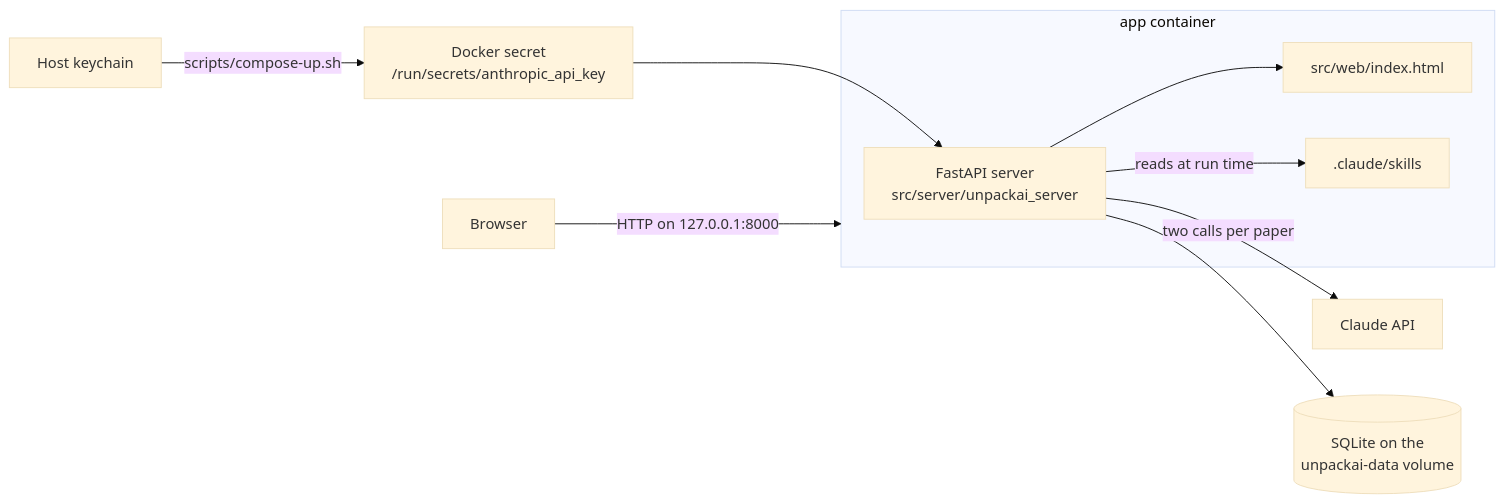
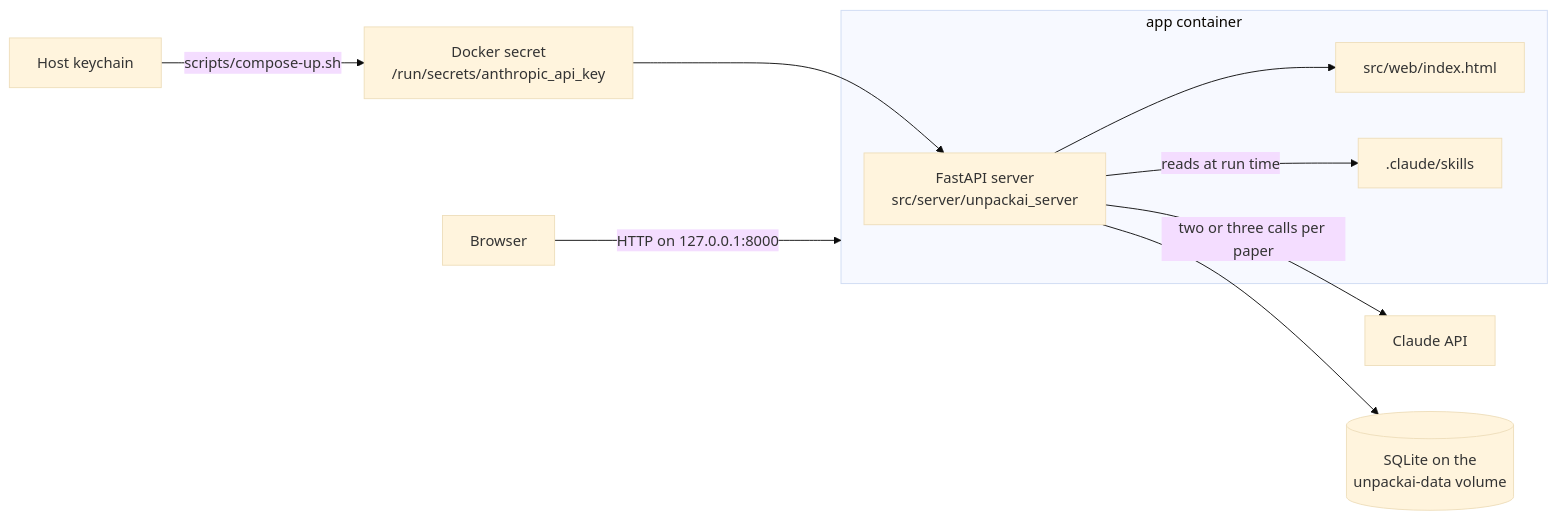
One commit to test-dan-run/UnpackAI changed the diagram in docs/architecture.md. Above: the diagram before and after it, drawn with Mermaid (base theme). The commit also changed other lines of this file and 14 other files, not shown here.

````diff
--- a/docs/architecture.md
+++ b/docs/architecture.md
@@ -5,15 +5,15 @@
 ```mermaid
 flowchart LR
   host["Host keychain"] -- "scripts/compose-up.sh" --> secret["Docker secret<br>/run/secrets/anthropic_api_key"]
   browser["Browser"] -- "HTTP on 127.0.0.1:8000" --> app
   subgraph app["app container"]
     server["FastAPI server<br>src/server/unpackai_server"]
     page["src/web/index.html"]
     skills[".claude/skills"]
   end
   secret --> server
   server --> page
   server -- "reads at run time" --> skills
-  server -- "two calls per paper" --> claude["Claude API"]
+  server -- "two or three calls per paper" --> claude["Claude API"]
   server --> db[("SQLite on the<br>unpackai-data volume")]
 ```
````
